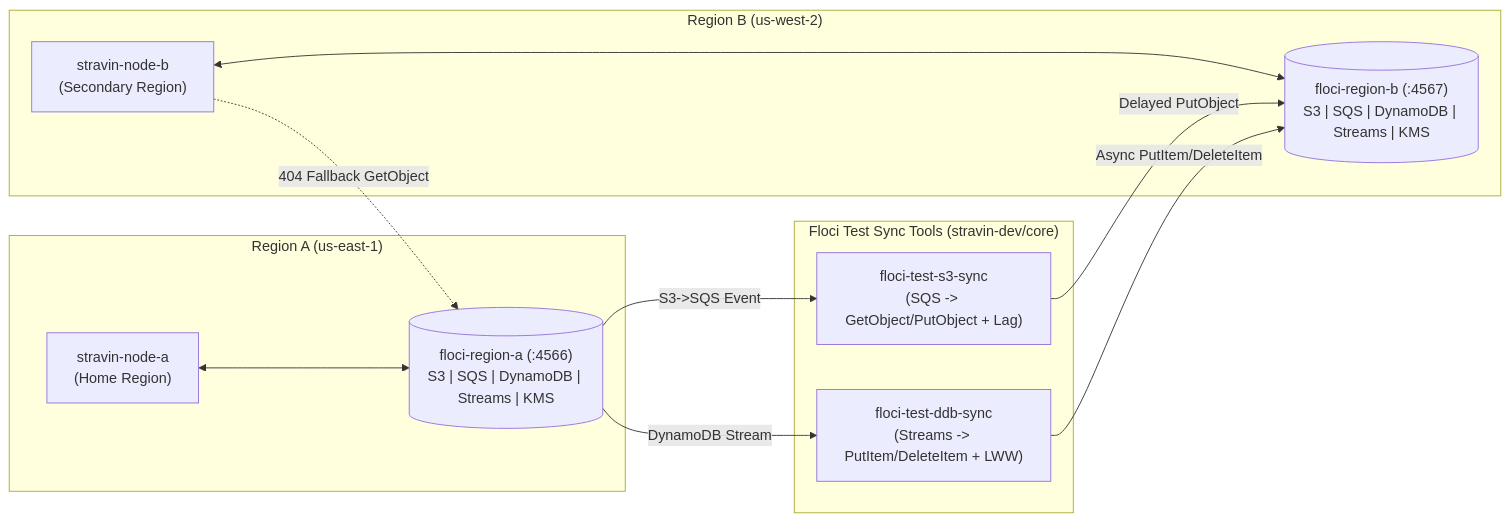
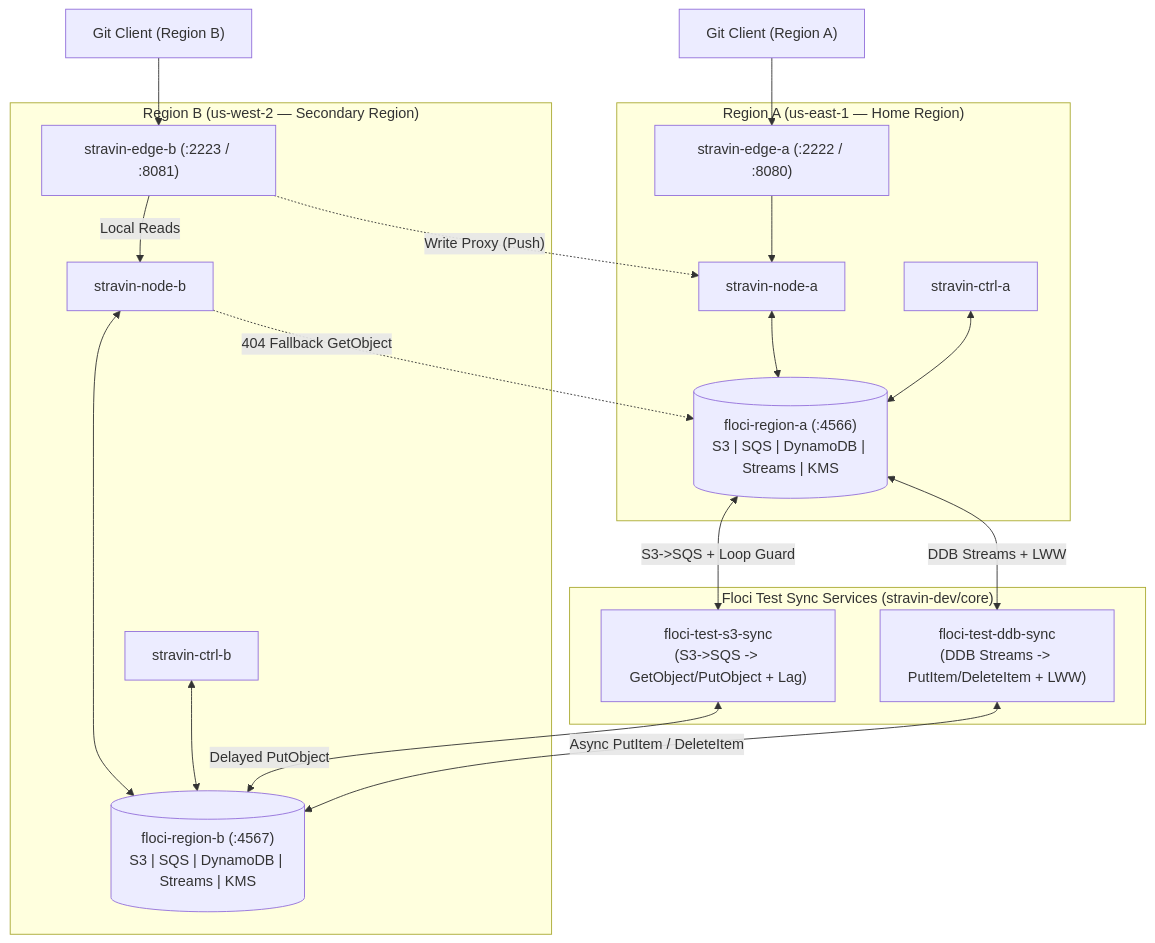
The second of 2 diagrams in docs/operations/local-dev.md (stravin-dev/architecture), drawn with Mermaid before and after one commit. The commit also changed other lines of this file, not shown here.

Commit message:
docs(local-dev): expand multi-region dual-Floci diagram and compose wiring

````diff
--- a/docs/operations/local-dev.md
+++ b/docs/operations/local-dev.md
@@ -235,23 +235,41 @@
 ```mermaid
-flowchart LR
-    subgraph RegionA["Region A (us-east-1)"]
+flowchart TB
+    ClientA["Git Client (Region A)"] --> EdgeA
+    ClientB["Git Client (Region B)"] --> EdgeB
+
+    subgraph RegionA["Region A (us-east-1 — Home Region)"]
+        EdgeA["stravin-edge-a (:2222 / :8080)"]
+        NodeA["stravin-node-a"]
+        CtrlA["stravin-ctrl-a"]
         FlociA[("floci-region-a (:4566)\nS3 | SQS | DynamoDB | Streams | KMS")]
-        NodeA["stravin-node-a\n(Home Region)"]
+
+        EdgeA --> NodeA
+        NodeA <--> FlociA
+        CtrlA <--> FlociA
     end
 
-    subgraph SyncTools["Floci Test Sync Tools (stravin-dev/core)"]
-        S3Sync["floci-test-s3-sync\n(SQS -> GetObject/PutObject + Lag)"]
-        DDBSync["floci-test-ddb-sync\n(Streams -> PutItem/DeleteItem + LWW)"]
+    subgraph SyncServices["Floci Test Sync Services (stravin-dev/core)"]
+        S3Sync["floci-test-s3-sync\n(S3->SQS -> GetObject/PutObject + Lag)"]
+        DDBSync["floci-test-ddb-sync\n(DDB Streams -> PutItem/DeleteItem + LWW)"]
     end
 
-    subgraph RegionB["Region B (us-west-2)"]
+    subgraph RegionB["Region B (us-west-2 — Secondary Region)"]
+        EdgeB["stravin-edge-b (:2223 / :8081)"]
+        NodeB["stravin-node-b"]
+        CtrlB["stravin-ctrl-b"]
         FlociB[("floci-region-b (:4567)\nS3 | SQS | DynamoDB | Streams | KMS")]
-        NodeB["stravin-node-b\n(Secondary Region)"]
+
+        EdgeB -->|"Local Reads"| NodeB
+        NodeB <--> FlociB
+        CtrlB <--> FlociB
     end
 
-    NodeA <--> FlociA
-    NodeB <--> FlociB
-    FlociA -- "S3->SQS Event" --> S3Sync -- "Delayed PutObject" --> FlociB
-    FlociA -- "DynamoDB Stream" --> DDBSync -- "Async PutItem/DeleteItem" --> FlociB
+    EdgeB -. "Write Proxy (Push)" .-> NodeA
     NodeB -. "404 Fallback GetObject" .-> FlociA
+
+    FlociA <-->|"S3->SQS + Loop Guard"| S3Sync
+    S3Sync <-->|"Delayed PutObject"| FlociB
+
+    FlociA <-->|"DDB Streams + LWW"| DDBSync
+    DDBSync <-->|"Async PutItem / DeleteItem"| FlociB
 ```
````
